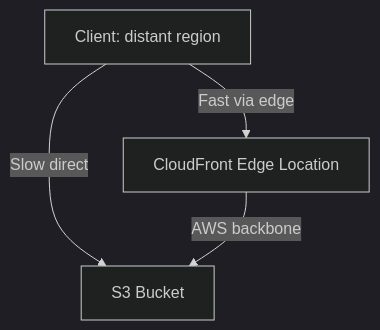
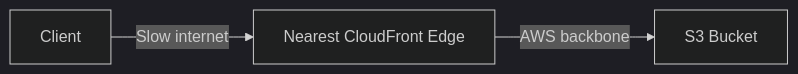
One commit to vanos001/placement_prep changed diagram 11 of 13 in src/cloud/aws/s3.md. Above: the diagram before and after it, drawn with Mermaid (dark theme). The commit also changed other lines of this file, not shown here.

````diff
--- a/src/cloud/aws/s3.md
+++ b/src/cloud/aws/s3.md
@@ -180,6 +273,5 @@
 ```mermaid
-graph TD
-    CLIENT[Client: distant region] -->|Slow direct| S3[S3 Bucket]
-    CLIENT -->|Fast via edge| EDGE[CloudFront Edge Location]
-    EDGE -->|AWS backbone| S3
+graph LR
+    CLIENT_TA[Client] --> |Slow internet| EDGE[Nearest CloudFront Edge]
+    EDGE --> |AWS backbone| S3_TA[S3 Bucket]
 ```
````
